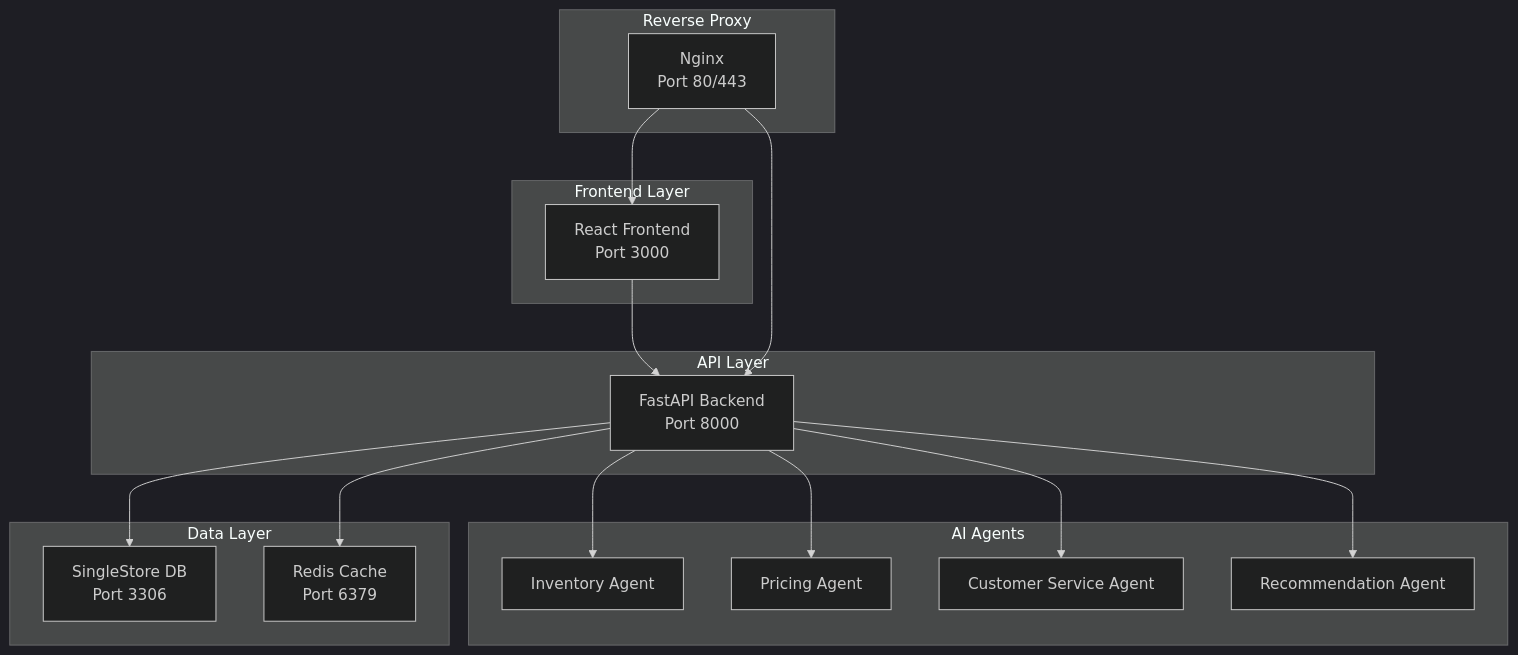
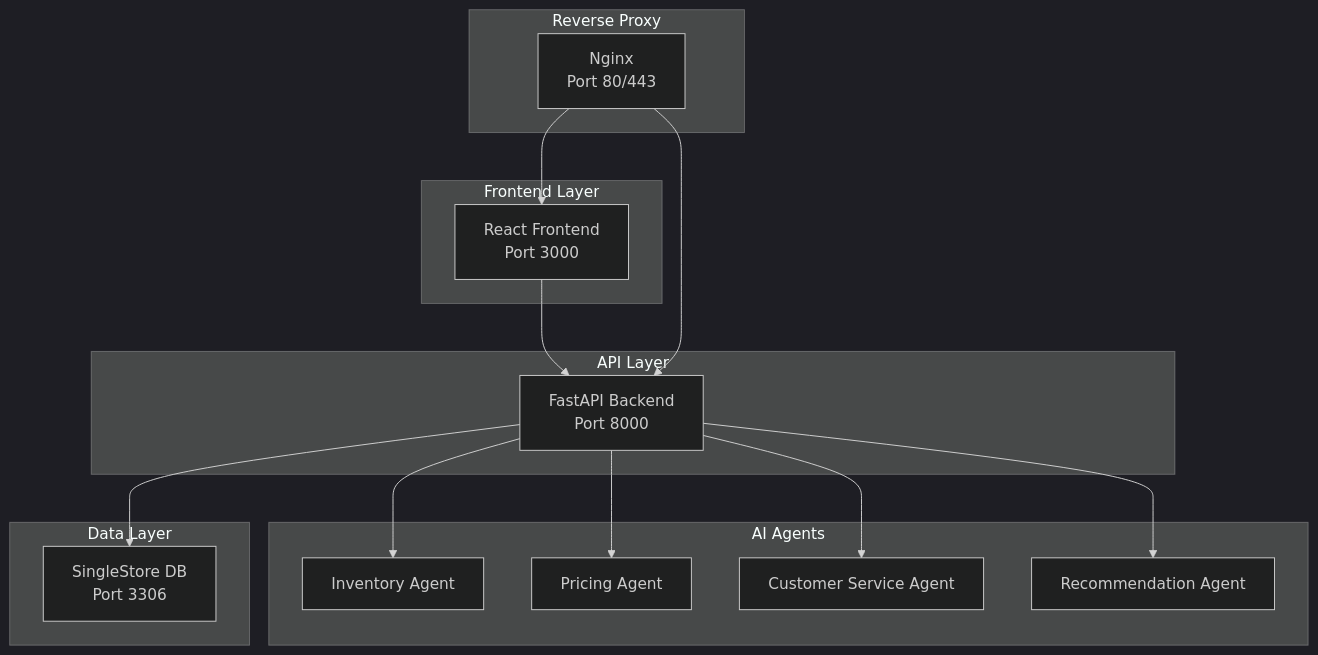
The diagram in DEPLOYMENT.md (bscolinos/companyOS), drawn with Mermaid (dark theme) before and after one commit. The commit also changed other lines of this file and 6 other files, not shown here.

````diff
--- a/DEPLOYMENT.md
+++ b/DEPLOYMENT.md
@@ -43,36 +43,34 @@
 ```mermaid
 graph TB
     subgraph "Frontend Layer"
         React[React Frontend<br/>Port 3000]
     end
     
     subgraph "API Layer"
         FastAPI[FastAPI Backend<br/>Port 8000]
     end
     
     subgraph "AI Agents"
         IA[Inventory Agent]
         PA[Pricing Agent]
         CS[Customer Service Agent]
         RA[Recommendation Agent]
     end
     
     subgraph "Data Layer"
         SS[SingleStore DB<br/>Port 3306]
-        Redis[Redis Cache<br/>Port 6379]
     end
     
     subgraph "Reverse Proxy"
         Nginx[Nginx<br/>Port 80/443]
     end
     
     React --> FastAPI
     FastAPI --> IA
     FastAPI --> PA
     FastAPI --> CS
     FastAPI --> RA
     FastAPI --> SS
-    FastAPI --> Redis
     Nginx --> React
     Nginx --> FastAPI
 ```
````
